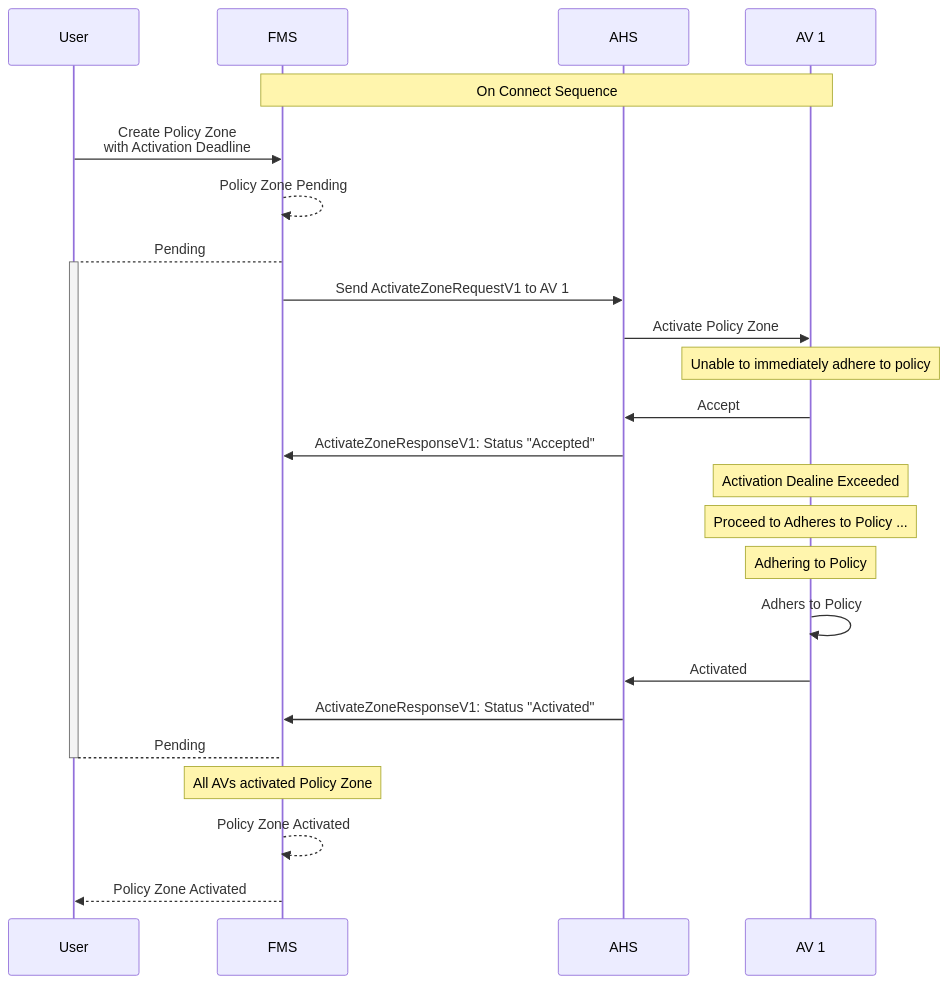
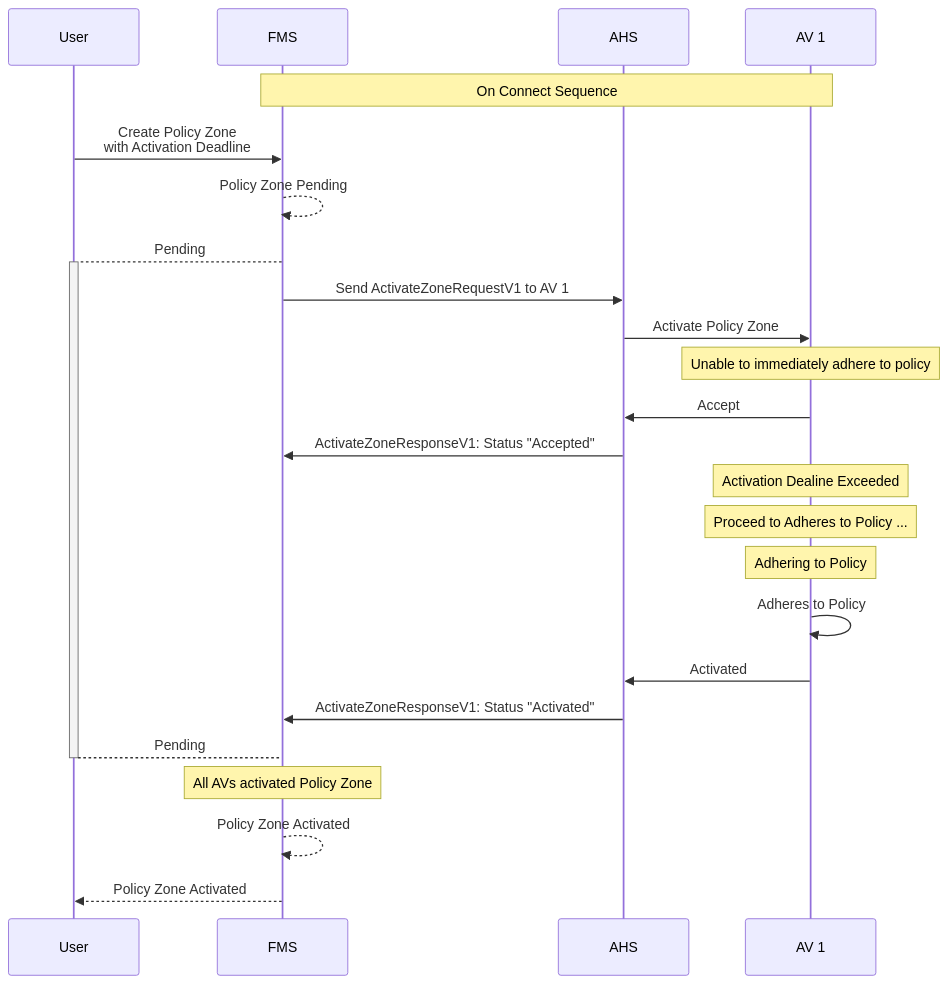
One commit to open-autonomy/zone changed the second of 3 diagrams in diagram/PolicyZoneActivation.md. Above: the diagram before and after it, drawn with Mermaid. The commit also changed other lines of this file, not shown here.

````diff
--- a/diagram/PolicyZoneActivation.md
+++ b/diagram/PolicyZoneActivation.md
@@ -55,30 +58,30 @@
 ```mermaid
 sequenceDiagram
     participant User
     participant FMS
     participant AHS
     participant AV 1
 
     Note over FMS,AV 1: On Connect Sequence
     User->>FMS: Create Policy Zone <br/> with Activation Deadline
     FMS-->>FMS: Policy Zone Pending
     FMS-->+User: Pending
     FMS->>AHS: Send ActivateZoneRequestV1 to AV 1
     AHS->>AV 1: Activate Policy Zone
 
     Note Over AV 1: Unable to immediately adhere to policy
     AV 1->>AHS: Accept
     AHS->>FMS: ActivateZoneResponseV1: Status "Accepted"
 
     Note Over AV 1: Activation Dealine Exceeded
     Note Over AV 1: Proceed to Adheres to Policy ...
     Note Over AV 1: Adhering to Policy
-    AV 1->>AV 1: Adhers to Policy
+    AV 1->>AV 1: Adheres to Policy
     AV 1->>AHS: Activated
 
     AHS->>FMS: ActivateZoneResponseV1: Status "Activated"
     User-->-FMS: Pending
     Note Over FMS: All AVs activated Policy Zone
     FMS-->>FMS: Policy Zone Activated
     FMS-->>User: Policy Zone Activated
 ```
````
